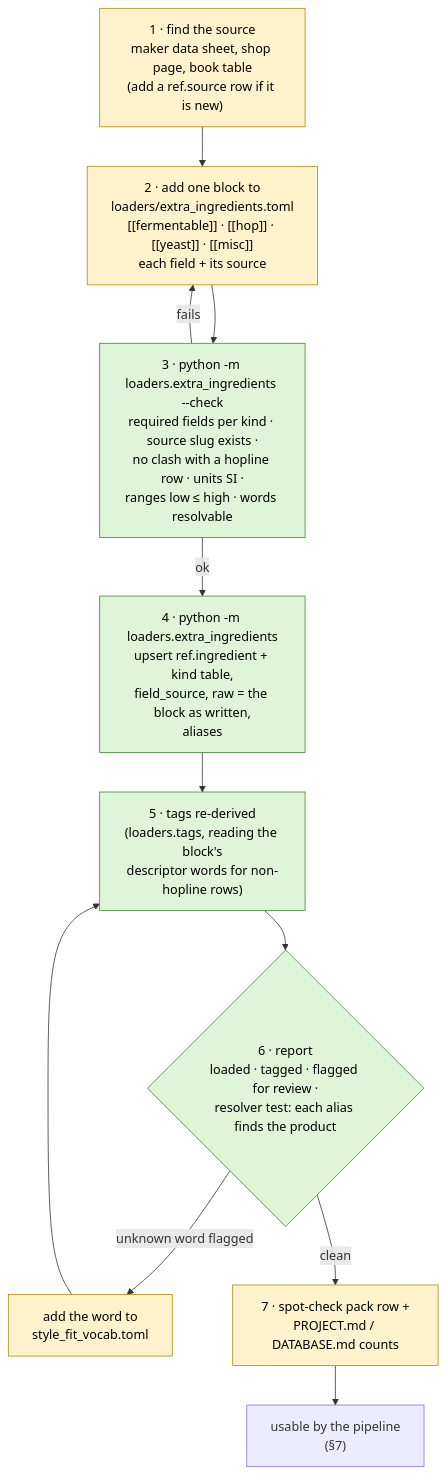
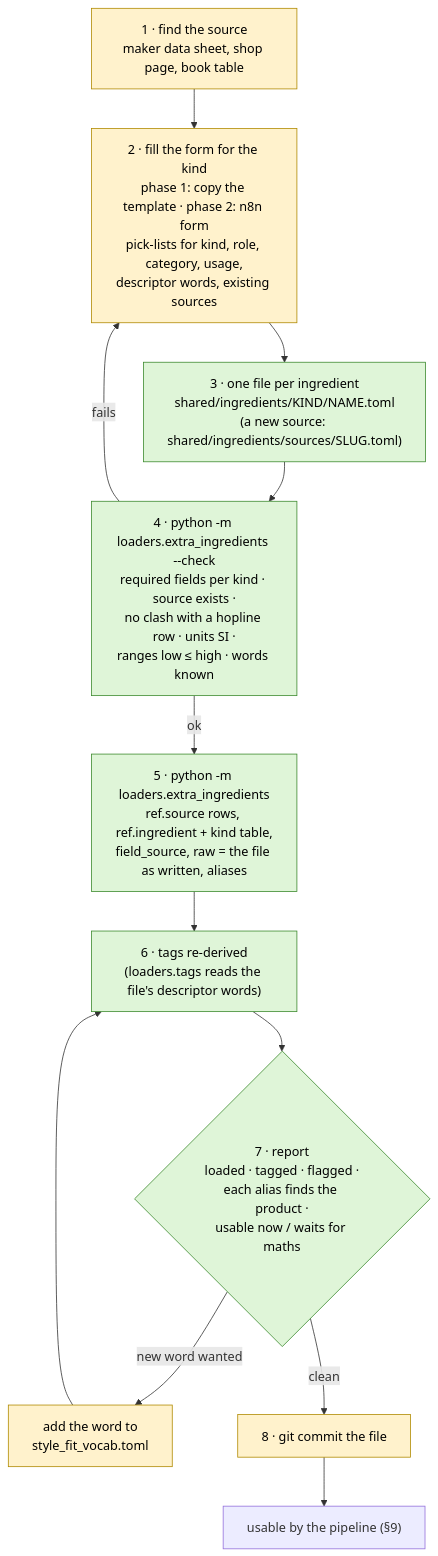
One commit to badacsonyigorenyember/homebrew_ai changed the third of 4 diagrams in docs/INGREDIENT-INTAKE.md. Above: the diagram before and after it, drawn with Mermaid. The commit also changed other lines of this file and 1 other file, not shown here.

Commit message:
Add intake form design to ingredient discovery

````diff
--- a/docs/INGREDIENT-INTAKE.md
+++ b/docs/INGREDIENT-INTAKE.md
@@ -159,17 +172,18 @@
 ```mermaid
 flowchart TD
-    S["1 · find the source<br/>maker data sheet, shop page, book table<br/>(add a ref.source row if it is new)"] --> E
-    E["2 · add one block to<br/>loaders/extra_ingredients.toml<br/>[[fermentable]] · [[hop]] · [[yeast]] · [[misc]]<br/>each field + its source"] --> C
-    C["3 · python -m loaders.extra_ingredients --check<br/>required fields per kind · source slug exists ·<br/>no clash with a hopline row · units SI ·<br/>ranges low ≤ high · words resolvable"] -->|fails| E
-    C -->|ok| L["4 · python -m loaders.extra_ingredients<br/>upsert ref.ingredient + kind table,<br/>field_source, raw = the block as written,<br/>aliases"]
-    L --> T["5 · tags re-derived<br/>(loaders.tags, reading the block's<br/>descriptor words for non-hopline rows)"]
-    T --> R{"6 · report<br/>loaded · tagged · flagged for review ·<br/>resolver test: each alias finds the product"}
-    R -->|"unknown word flagged"| V["add the word to<br/>style_fit_vocab.toml"] --> T
-    R -->|clean| K["7 · spot-check pack row +<br/>PROJECT.md / DATABASE.md counts"]
-    K --> P["usable by the pipeline<br/>(§7)"]
+    S["1 · find the source<br/>maker data sheet, shop page, book table"] --> FORM
+    FORM["2 · fill the form for the kind<br/>phase 1: copy the template · phase 2: n8n form<br/>pick-lists for kind, role, category, usage,<br/>descriptor words, existing sources"] --> FILE
+    FILE["3 · one file per ingredient<br/>shared/ingredients/KIND/NAME.toml<br/>(a new source: shared/ingredients/sources/SLUG.toml)"] --> C
+    C["4 · python -m loaders.extra_ingredients --check<br/>required fields per kind · source exists ·<br/>no clash with a hopline row · units SI ·<br/>ranges low ≤ high · words known"] -->|fails| FORM
+    C -->|ok| L["5 · python -m loaders.extra_ingredients<br/>ref.source rows, ref.ingredient + kind table,<br/>field_source, raw = the file as written, aliases"]
+    L --> T["6 · tags re-derived<br/>(loaders.tags reads the file's descriptor words)"]
+    T --> R{"7 · report<br/>loaded · tagged · flagged ·<br/>each alias finds the product ·<br/>usable now / waits for maths"}
+    R -->|"new word wanted"| V["add the word to<br/>style_fit_vocab.toml"] --> T
+    R -->|clean| K["8 · git commit the file"]
+    K --> P["usable by the pipeline (§9)"]
 
     classDef you fill:#fff2cc,stroke:#b08a00,color:#000
     classDef code fill:#dff5d8,stroke:#3c8a2e,color:#000
-    class S,E,V,K you
-    class C,L,T,R code
+    class S,FORM,V,K you
+    class FILE,C,L,T,R code
 ```
````
